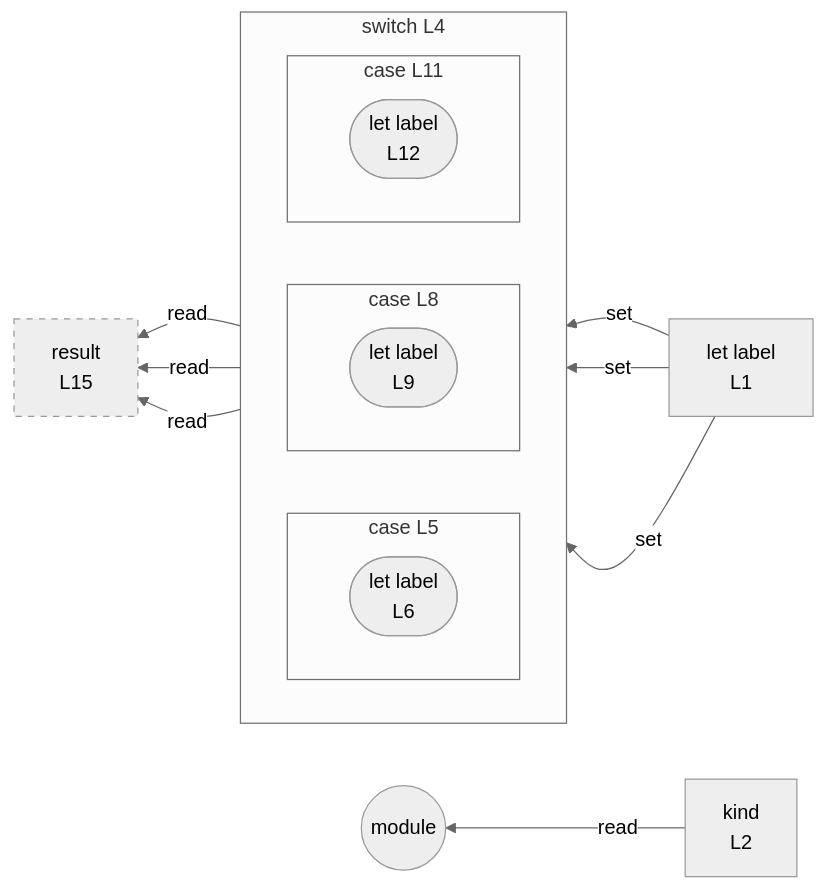
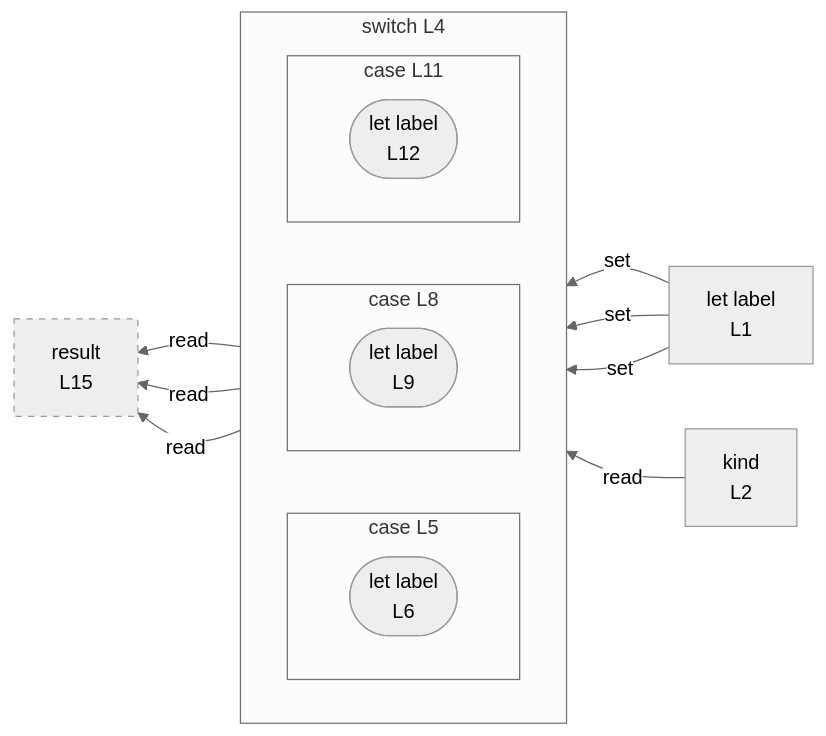
Before and after one commit to crescware/unsnarl: the diagram in integration/fixtures/control-switch-break/preview.md, drawn with Mermaid (neutral theme). The commit also changed 32 other files, not shown here.

First line of the commit message:
feat(mermaid): branch-aware reads and predicate edges for if/else

````diff
--- a/integration/fixtures/control-switch-break/preview.md
+++ b/integration/fixtures/control-switch-break/preview.md
@@ -25,31 +25,30 @@
 ```mermaid
 flowchart RL
   n_scope_0_label_4["let label<br/>L1"]
   n_scope_0_kind_22["kind<br/>L2"]
   n_scope_0_result_179["result<br/>L15"]
   subgraph s_scope_1["switch L4"]
     direction RL
     subgraph s_scope_2["case L5"]
       direction RL
       wr_ref_1(["let label<br/>L6"])
     end
     subgraph s_scope_3["case L8"]
       direction RL
       wr_ref_2(["let label<br/>L9"])
     end
     subgraph s_scope_4["case L11"]
       direction RL
       wr_ref_3(["let label<br/>L12"])
     end
   end
   n_scope_0_label_4 -->|set| wr_ref_1
   n_scope_0_label_4 -->|set| wr_ref_2
   n_scope_0_label_4 -->|set| wr_ref_3
-  n_scope_0_kind_22 -->|read| module_root
+  n_scope_0_kind_22 -->|read| s_scope_1
   wr_ref_1 -->|read| n_scope_0_result_179
   wr_ref_2 -->|read| n_scope_0_result_179
   wr_ref_3 -->|read| n_scope_0_result_179
-  module_root((module))
   classDef unused stroke-dasharray: 5 5;
   class n_scope_0_result_179 unused;
 ```
````
